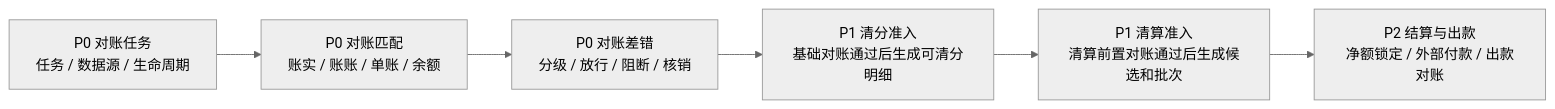
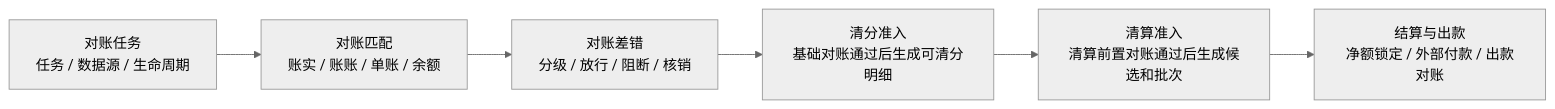
Before and after one commit to fengwuxp/wind-funds: the third of 16 diagrams in docs/系分设计/03-清结算与对账系分设计.md, drawn with Mermaid (neutral theme). The commit also changed other lines of this file and 16 other files, not shown here.

````diff
--- a/docs/系分设计/03-清结算与对账系分设计.md
+++ b/docs/系分设计/03-清结算与对账系分设计.md
@@ -182,8 +182,8 @@
 ```mermaid
 flowchart LR
-    A["P0 对账任务\n任务 / 数据源 / 生命周期"] --> B["P0 对账匹配\n账实 / 账账 / 单账 / 余额"]
-    B --> C["P0 对账差错\n分级 / 放行 / 阻断 / 核销"]
-    C --> D["P1 清分准入\n基础对账通过后生成可清分明细"]
-    D --> E["P1 清算准入\n清算前置对账通过后生成候选和批次"]
-    E --> F["P2 结算与出款\n净额锁定 / 外部付款 / 出款对账"]
+    A["对账任务\n任务 / 数据源 / 生命周期"] --> B["对账匹配\n账实 / 账账 / 单账 / 余额"]
+    B --> C["对账差错\n分级 / 放行 / 阻断 / 核销"]
+    C --> D["清分准入\n基础对账通过后生成可清分明细"]
+    D --> E["清算准入\n清算前置对账通过后生成候选和批次"]
+    E --> F["结算与出款\n净额锁定 / 外部付款 / 出款对账"]
 ```
````
